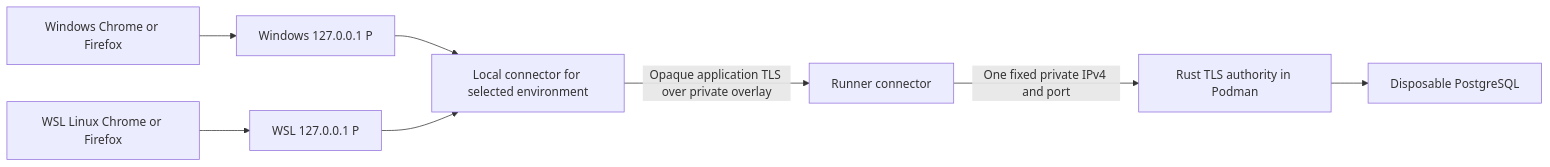
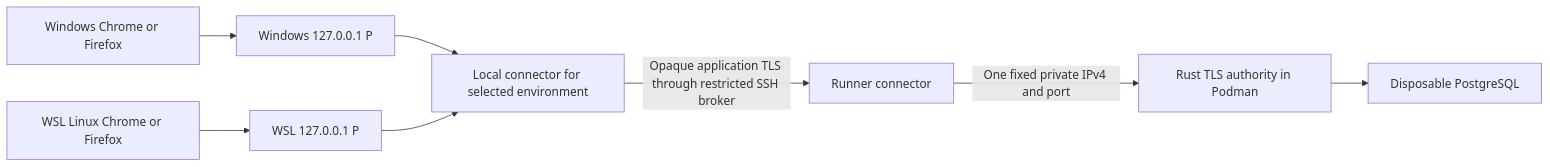
The diagram in docs/architecture/ADR-110-hosted-verification-testbench.md (MrQuality/kehila), drawn with Mermaid before and after one commit. The commit also changed other lines of this file and 2 other files, not shown here.

Commit message:
Prefer SSH research and specify broker isolation gates

````diff
--- a/docs/architecture/ADR-110-hosted-verification-testbench.md
+++ b/docs/architecture/ADR-110-hosted-verification-testbench.md
@@ -79,10 +80,10 @@
 ```mermaid
 flowchart LR
     W[Windows Chrome or Firefox] --> WL[Windows 127.0.0.1 P]
     L[WSL Linux Chrome or Firefox] --> LL[WSL 127.0.0.1 P]
     WL --> C[Local connector for selected environment]
     LL --> C
-    C -->|Opaque application TLS over private overlay| R[Runner connector]
+    C -->|Opaque application TLS through restricted SSH broker| R[Runner connector]
     R -->|One fixed private IPv4 and port| A[Rust TLS authority in Podman]
     A --> D[Disposable PostgreSQL]
 ```
````
